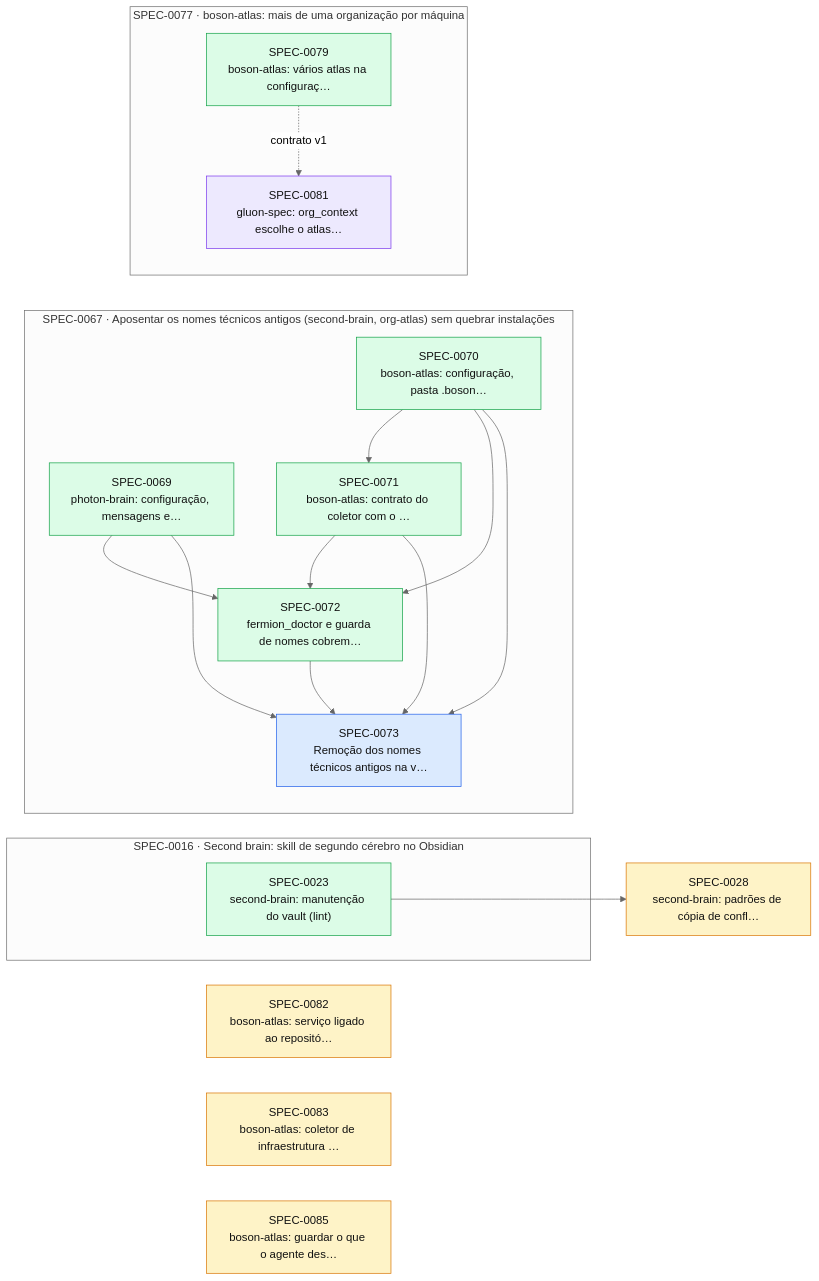
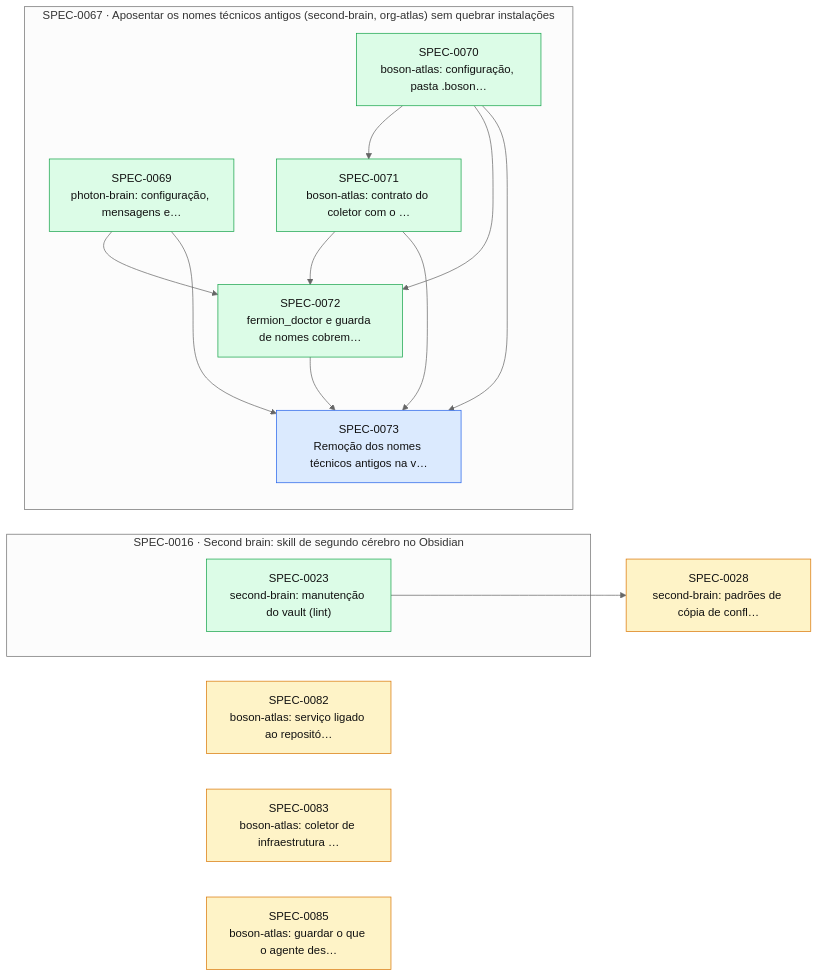
One commit to thomasravache/ai-dev-brain changed the diagram in docs/specs/INDEX.md. Above: the diagram before and after it, drawn with Mermaid (neutral theme). The commit also changed other lines of this file and 1 other file, not shown here.

First line of the commit message:
docs(specs): G7 e fechamento da SPEC-0081

````diff
--- a/docs/specs/INDEX.md
+++ b/docs/specs/INDEX.md
@@ -65,36 +64,31 @@
 ```mermaid
 flowchart LR
   S0028["SPEC-0028<br/>second-brain: padrões de cópia de confl…"]:::proposed
   S0082["SPEC-0082<br/>boson-atlas: serviço ligado ao repositó…"]:::proposed
   S0083["SPEC-0083<br/>boson-atlas: coletor de infraestrutura …"]:::proposed
   S0085["SPEC-0085<br/>boson-atlas: guardar o que o agente des…"]:::proposed
   subgraph E0016["SPEC-0016 · Second brain: skill de segundo cérebro no Obsidian"]
     S0023["SPEC-0023<br/>second-brain: manutenção do vault (lint)"]:::implemented
   end
   subgraph E0067["SPEC-0067 · Aposentar os nomes técnicos antigos (second-brain, org-atlas) sem quebrar instalações"]
     S0069["SPEC-0069<br/>photon-brain: configuração, mensagens e…"]:::implemented
     S0070["SPEC-0070<br/>boson-atlas: configuração, pasta .boson…"]:::implemented
     S0071["SPEC-0071<br/>boson-atlas: contrato do coletor com o …"]:::implemented
     S0072["SPEC-0072<br/>fermion_doctor e guarda de nomes cobrem…"]:::implemented
     S0073["SPEC-0073<br/>Remoção dos nomes técnicos antigos na v…"]:::approved
   end
-  subgraph E0077["SPEC-0077 · boson-atlas: mais de uma organização por máquina"]
-    S0079["SPEC-0079<br/>boson-atlas: vários atlas na configuraç…"]:::implemented
-    S0081["SPEC-0081<br/>gluon-spec: org_context escolhe o atlas…"]:::inprogress
-  end
   S0023 --> S0028
   S0070 --> S0071
   S0069 --> S0072
   S0070 --> S0072
   S0071 --> S0072
   S0069 --> S0073
   S0070 --> S0073
   S0071 --> S0073
   S0072 --> S0073
-  S0079 -. contrato v1 .-> S0081
   classDef proposed fill:#fef3c7,stroke:#d97706,color:#111
   classDef approved fill:#dbeafe,stroke:#2563eb,color:#111
   classDef inprogress fill:#ede9fe,stroke:#7c3aed,color:#111
   classDef implemented fill:#dcfce7,stroke:#16a34a,color:#111
   classDef deprecated fill:#f3f4f6,stroke:#9ca3af,color:#6b7280
 ```
````
